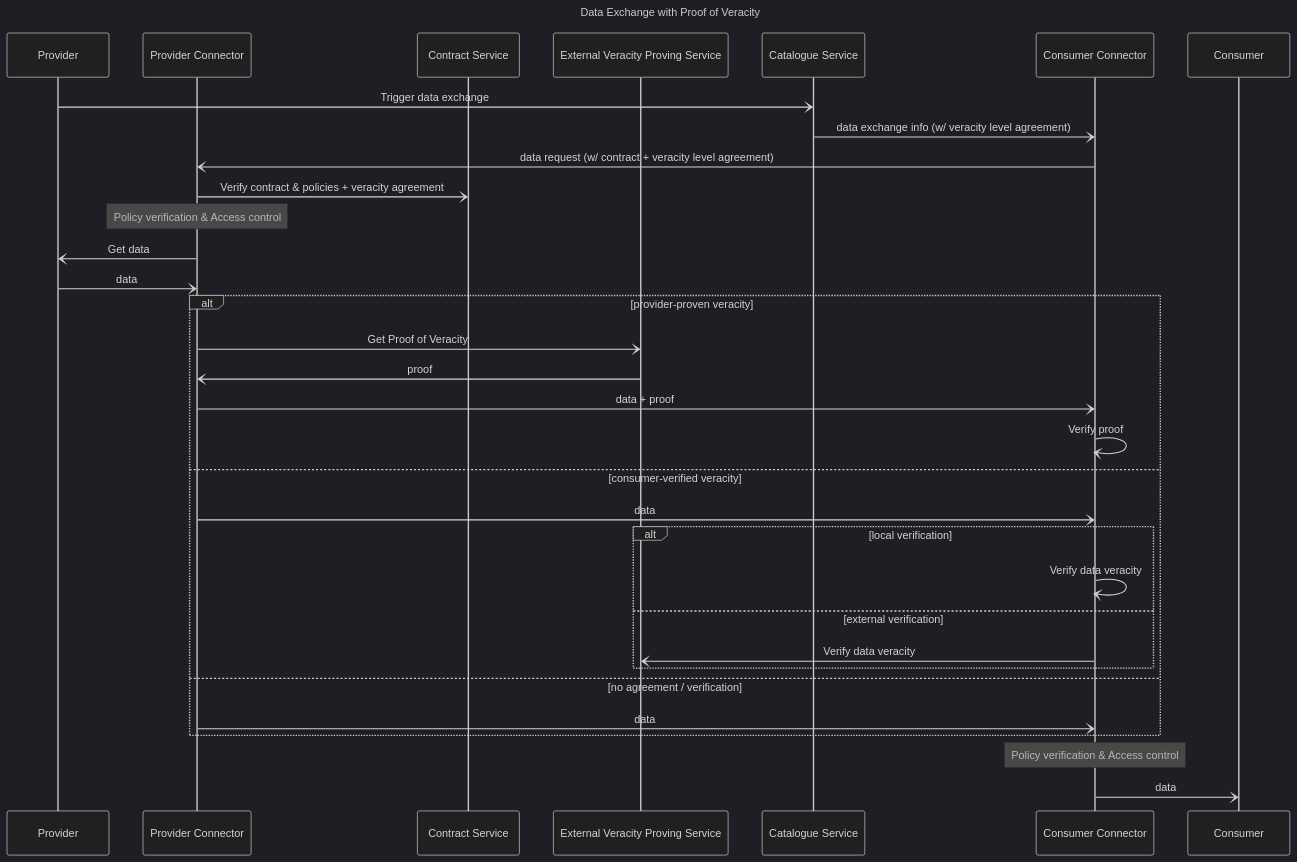
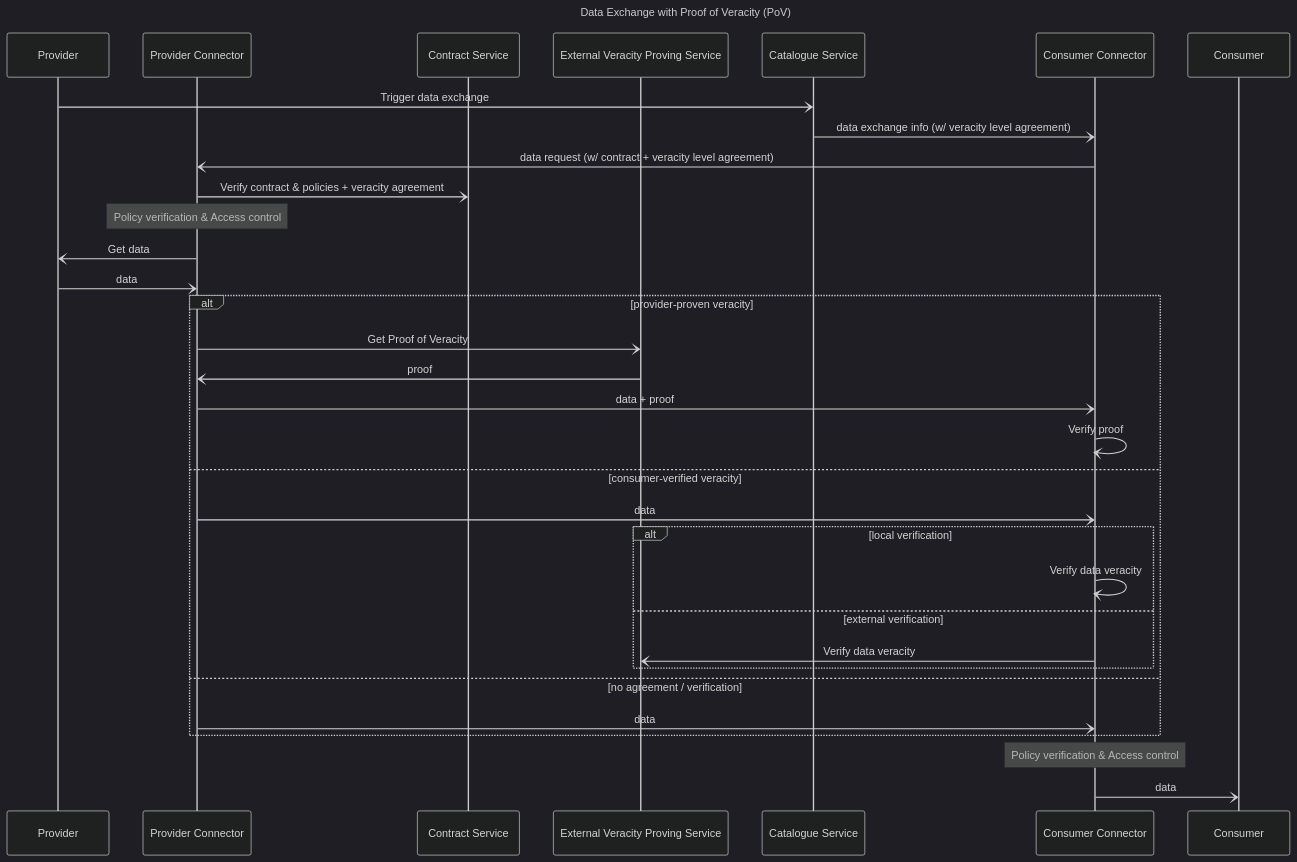
One commit to Prometheus-X-association/data-veracity changed the fifth of 5 diagrams in README.markdown. Above: the diagram before and after it, drawn with Mermaid (dark theme). The commit also changed other lines of this file, not shown here.

````diff
--- a/README.markdown
+++ b/README.markdown
@@ -253,41 +374,41 @@
 ```mermaid
 ---
-title: Data Exchange with Proof of Veracity
+title: Data Exchange with Proof of Veracity (PoV)
 ---
 
 sequenceDiagram
     participant p as Provider
     participant pc as Provider Connector
     participant con as Contract Service
     participant evs as External Veracity Proving Service
     participant cat as Catalogue Service
     participant cc as Consumer Connector
     participant c as Consumer
 
     p -) cat: Trigger data exchange
     cat -) cc: data exchange info (w/ veracity level agreement)
     cc -) pc: data request (w/ contract + veracity level agreement)
     pc -) con: Verify contract & policies + veracity agreement
     Note over pc: Policy verification & Access control
     pc -) p: Get data
     p -) pc: data
 
     alt provider-proven veracity
         pc -) evs: Get Proof of Veracity
         evs -) pc: proof
         pc -) cc: data + proof
         cc -) cc: Verify proof
     else consumer-verified veracity
         pc -) cc: data
         alt local verification
             cc -) cc: Verify data veracity
         else external verification
             cc -) evs: Verify data veracity
         end
     else no agreement / verification
         pc -) cc: data
     end
 
     Note over cc: Policy verification & Access control
     cc -) c: data
 ```
````
